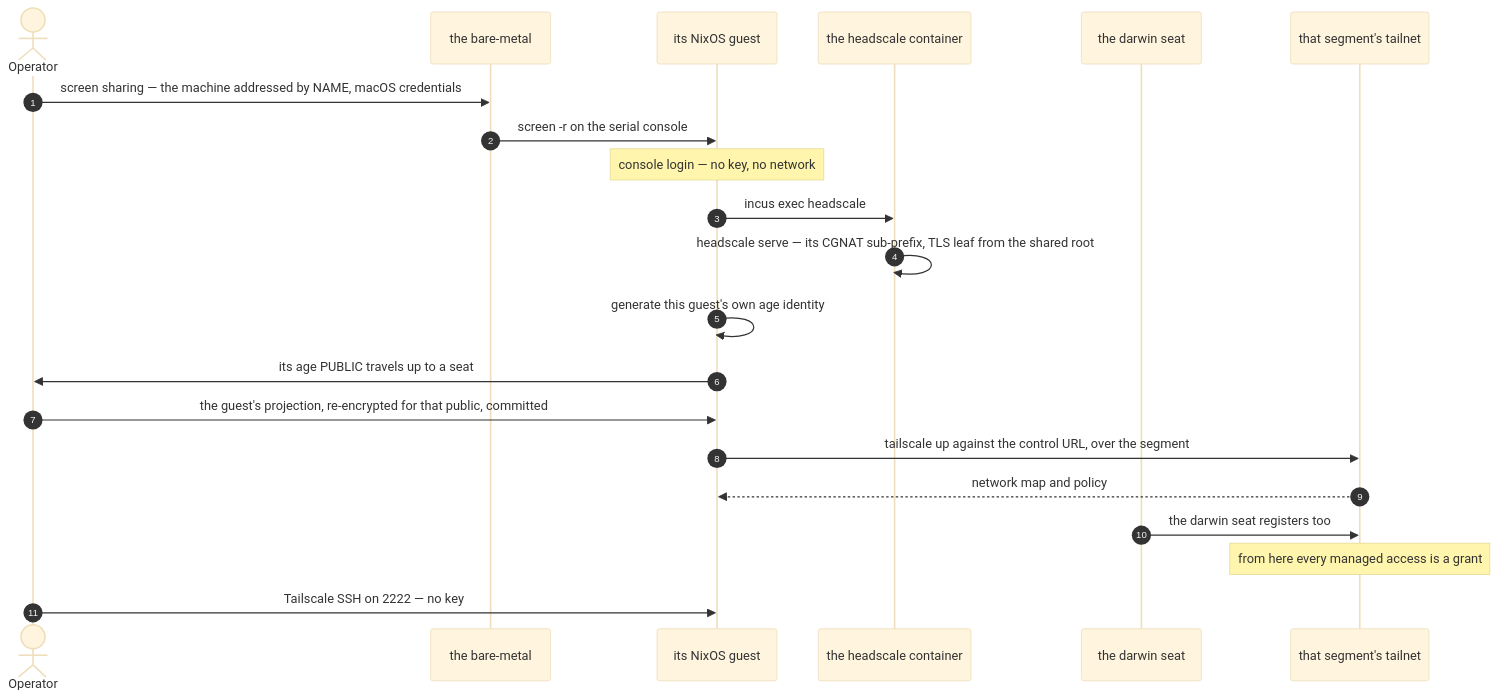
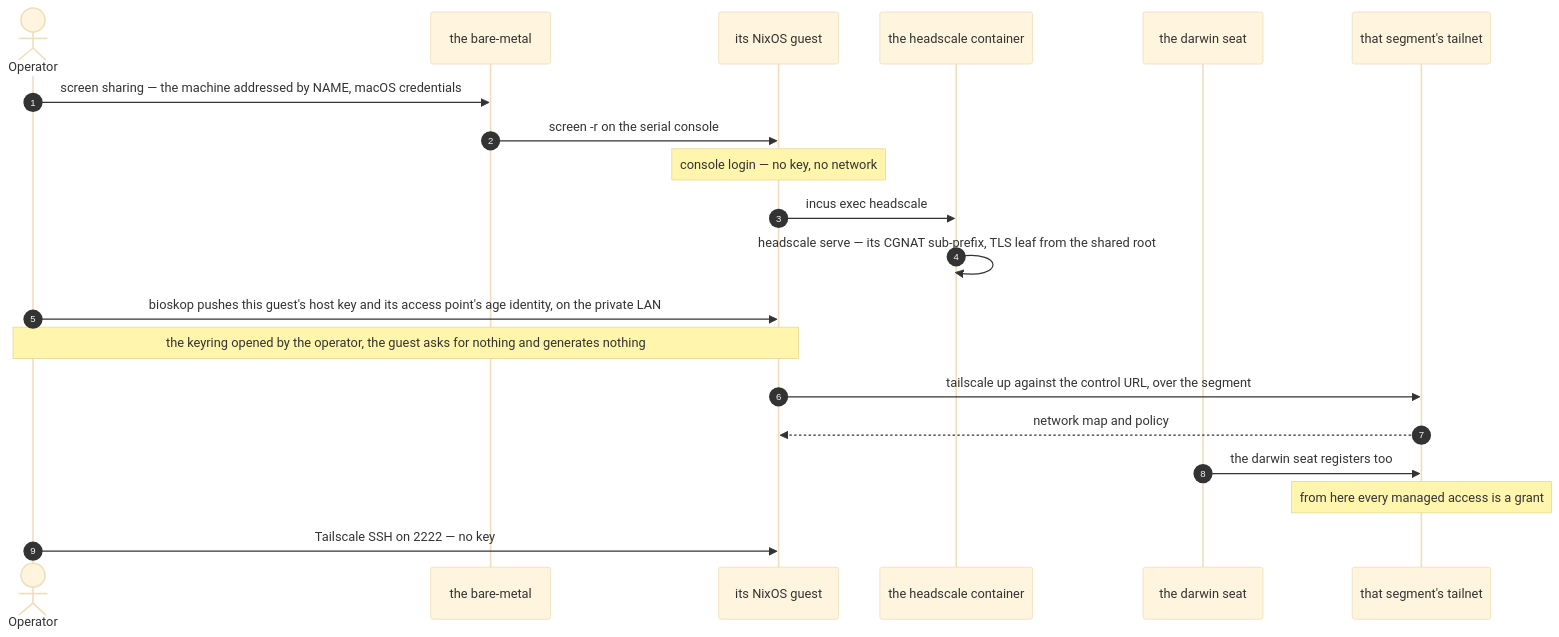
One commit to seedmatic/ndh changed the eighth of 12 diagrams in docs/fabric-control-plane-spec.adoc. Above: the diagram before and after it, drawn with Mermaid (base theme). The commit also changed 2 other files, not shown here.

Commit message:
docs(roles-and-keys): the target the operator closed on 2026-10-15
Machine identities (each machine's SSH host key, each access point's age identity) are generated once by
the operator into their keyring on bioskop, which only they open, and bioskop pushes them on the private
LAN as a gesture; the machine asks for nothing and generates nothing. An access point is a seat and its
container: its age identity is ssh-to-age of the seat's host key, placed in the container. With one host
key per machine, the union host certificate becomes one certificate per machine (still valid forever,
revoked by @revoked). The Incus certificate is restored by bioskop's activation, signing the key Incus
generated. cluster-age stands alone, given to the seed by stdin, and its in-cluster carrier is stated
with its readers. Steps 9a (identities) and 9b (authorities) land before the clusters' cold start.

The spec's principles, figures, roles, matrix, gestures, patterns and troubleshooting are aligned; the
fabric spec's bootstrap sequence and the security C4 notes no longer have a host generate its identity.

```diff
--- a/docs/fabric-control-plane-spec.adoc
+++ b/docs/fabric-control-plane-spec.adoc
@@ -688,25 +688,24 @@
 [mermaid]
 ....
 sequenceDiagram
   autonumber
   actor O as Operator
   participant B as the bare-metal
   participant V as its NixOS guest
   participant C as the headscale container
   participant S as the darwin seat
   participant T as that segment's tailnet
 
   O->>B: screen sharing — the machine addressed by NAME, macOS credentials
   B->>V: screen -r on the serial console
   Note over V: console login — no key, no network
   V->>C: incus exec headscale
   C->>C: headscale serve — its CGNAT sub-prefix, TLS leaf from the shared root
-  V->>V: generate this guest's own age identity
-  V->>O: its age PUBLIC travels up to a seat
-  O->>V: the guest's projection, re-encrypted for that public, committed
+  O->>V: bioskop pushes this guest's host key and its access point's age identity, on the private LAN
+  Note over O,V: the keyring opened by the operator, the guest asks for nothing and generates nothing
   V->>T: tailscale up against the control URL, over the segment
   T-->>V: network map and policy
   S->>T: the darwin seat registers too
   Note over T: from here every managed access is a grant
   O->>V: Tailscale SSH on 2222 — no key
 ....
```
